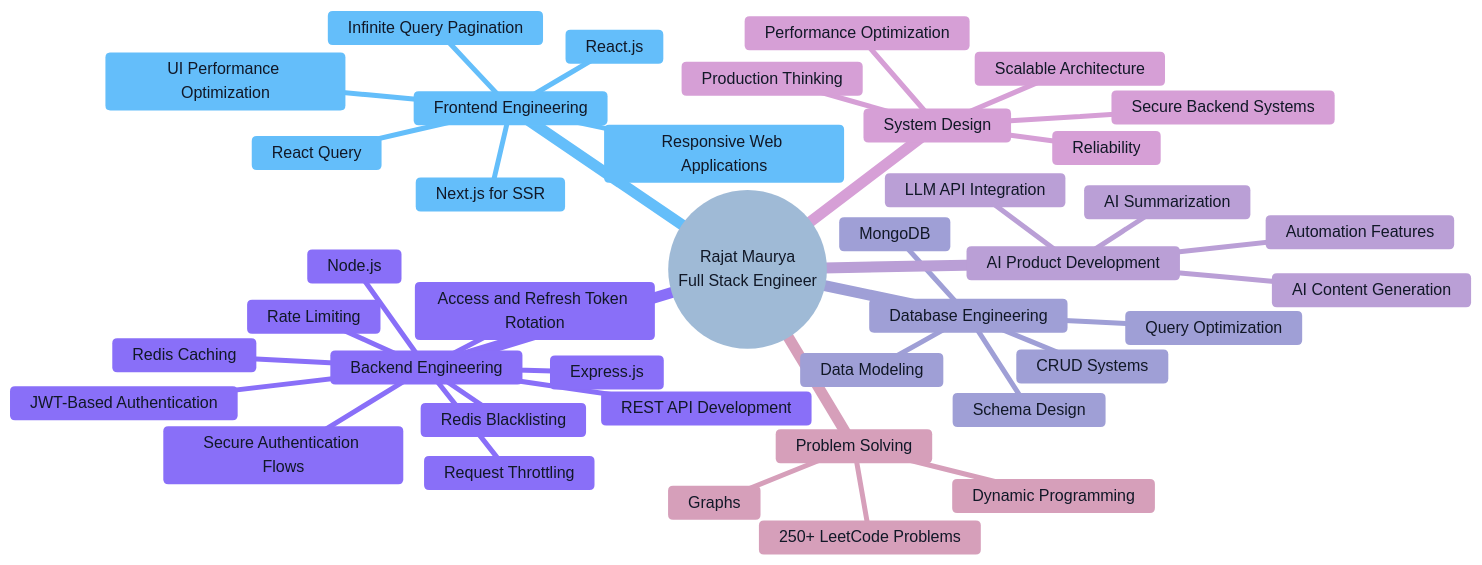
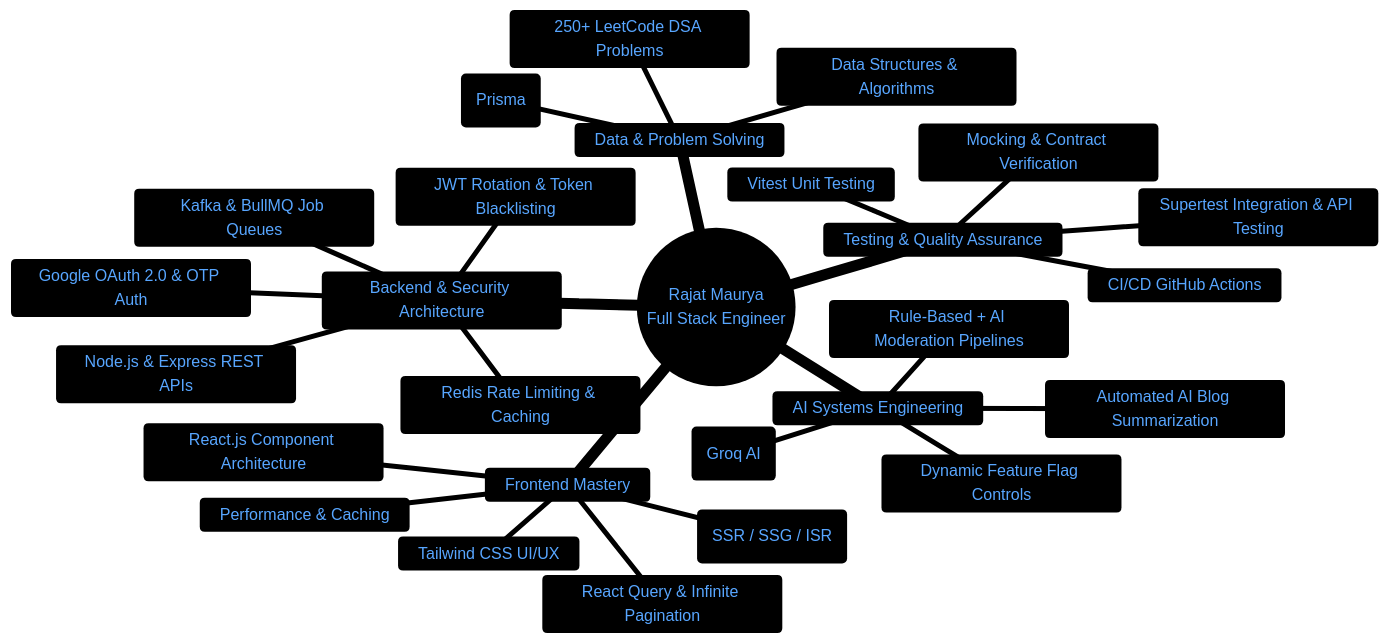
One commit to rajatmaurya-cs/rajatmaurya-cs changed the diagram in README.md. Above: the diagram before and after it, drawn with Mermaid. The commit also changed other lines of this file and 11 other files, not shown here.

````diff
--- a/README.md
+++ b/README.md
@@ -96,59 +213,44 @@
 ```mermaid
 %%{init: {'theme':'base','themeVariables':{
-  'primaryColor':'#f8fafc',
-  'primaryTextColor':'#111827',
-  'primaryBorderColor':'#2563eb',
-  'lineColor':'#64748b',
-  'secondaryColor':'#e0f2fe',
-  'tertiaryColor':'#ede9fe',
-  'background':'#ffffff'
+  'primaryColor':'#0d1117',
+  'primaryTextColor':'#58a6ff',
+  'primaryBorderColor':'#1f6feb',
+  'lineColor':'#8b949e',
+  'secondaryColor':'#161b22',
+  'tertiaryColor':'#21262d',
+  'background':'#0d1117'
 }}}%%
 mindmap
   root((Rajat Maurya<br/>Full Stack Engineer))
 
-    Frontend Engineering
-      React.js
-      Next.js for SSR
-      React Query
-      Infinite Query Pagination
-      UI Performance Optimization
-      Responsive Web Applications
+    Frontend Mastery
+      Next.js (SSR / SSG / ISR)
+      React.js Component Architecture
+      React Query & Infinite Pagination
+      Performance & Caching
+      Tailwind CSS UI/UX
 
-    Backend Engineering
-      Node.js
-      Express.js
-      REST API Development
-      JWT-Based Authentication
-      Access and Refresh Token Rotation
-      Secure Authentication Flows
-      Redis Caching
-      Redis Blacklisting
-      Rate Limiting
-      Request Throttling
+    Backend & Security Architecture
+      Node.js & Express REST APIs
+      JWT Rotation & Token Blacklisting
+      Google OAuth 2.0 & OTP Auth
+      Redis Rate Limiting & Caching
+      Kafka & BullMQ Job Queues
 
-    Database Engineering
-      MongoDB
-      Schema Design
-      Data Modeling
-      Query Optimization
-      CRUD Systems
+    AI Systems Engineering
+      LLM API Integration (Groq AI)
+      Rule-Based + AI Moderation Pipelines
+      Automated AI Blog Summarization
+      Dynamic Feature Flag Controls
 
-    AI Product Development
-      LLM API Integration
-      AI Content Generation
-      AI Summarization
-      Automation Features
+    Testing & Quality Assurance
+      Vitest Unit Testing
+      Supertest Integration & API Testing
+      Mocking & Contract Verification
+      CI/CD GitHub Actions
 
-    System Design
-      Scalable Architecture
-      Production Thinking
-      Performance Optimization
-      Reliability
-      Secure Backend Systems
-
-    Problem Solving
-      250+ LeetCode Problems
-      Graphs
-      Dynamic Programming
-      
+    Data & Problem Solving
+      250+ LeetCode DSA Problems
+      MongoDB & PostgreSQL (Prisma)
+      Data Structures & Algorithms
 ```
````
